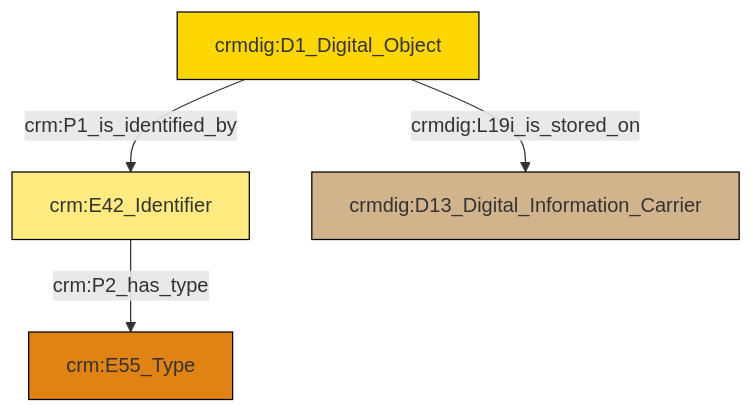
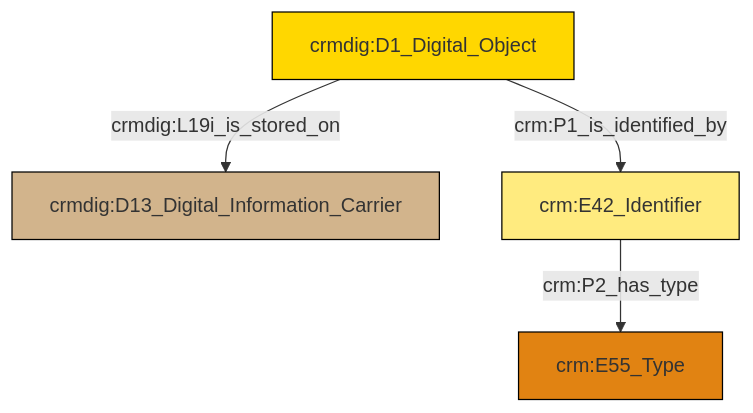
One commit to swiss-art-research-net/reference-data-models changed the diagram in et/doCSV/ttl/mmd/do_location.ttl.mmd. Above: the diagram before and after it, drawn with Mermaid. The commit also changed 123 other files, not shown here.

```diff
--- a/et/doCSV/ttl/mmd/do_location.ttl.mmd
+++ b/et/doCSV/ttl/mmd/do_location.ttl.mmd
@@ -1,18 +1,18 @@
 graph TD
 classDef Literal fill:#f2f2f2,stroke:#000000;
 classDef CRM_Entity fill:#FFFFFF,stroke:#000000;
 classDef Temporal_Entity fill:#00C9E6, stroke:#000000;
 classDef Type fill:#E18312, stroke:#000000;
 classDef Time-Span fill:#2C9C91, stroke:#000000;
 classDef Appellation fill:#FFEB7F, stroke:#000000;
 classDef Place fill:#008836, stroke:#000000;
 classDef Persistent_Item fill:#B266B2, stroke:#000000;
 classDef Conceptual_Object fill:#FFD700, stroke:#000000;
 classDef Physical_Thing fill:#D2B48C, stroke:#000000;
 classDef Actor fill:#f58aad, stroke:#000000;
 classDef PC_Classes fill:#4ce600, stroke:#000000;
 classDef Multi fill:#cccccc,stroke:#000000;
 
-0["crmdig:D1_Digital_Object"]:::Conceptual_Object -->|crm:P1_is_identified_by| 1["crm:E42_Identifier"]:::Appellation
-1["crm:E42_Identifier"]:::Appellation -->|crm:P2_has_type| 2["crm:E55_Type"]:::Type
-0["crmdig:D1_Digital_Object"]:::Conceptual_Object -->|crmdig:L19i_is_stored_on| 6["crmdig:D13_Digital_Information_Carrier"]:::Physical_Thing
+4["crmdig:D1_Digital_Object"]:::Conceptual_Object -->|crm:P1_is_identified_by| 5["crm:E42_Identifier"]:::Appellation
+5["crm:E42_Identifier"]:::Appellation -->|crm:P2_has_type| 2["crm:E55_Type"]:::Type
+4["crmdig:D1_Digital_Object"]:::Conceptual_Object -->|crmdig:L19i_is_stored_on| 0["crmdig:D13_Digital_Information_Carrier"]:::Physical_Thing
```
